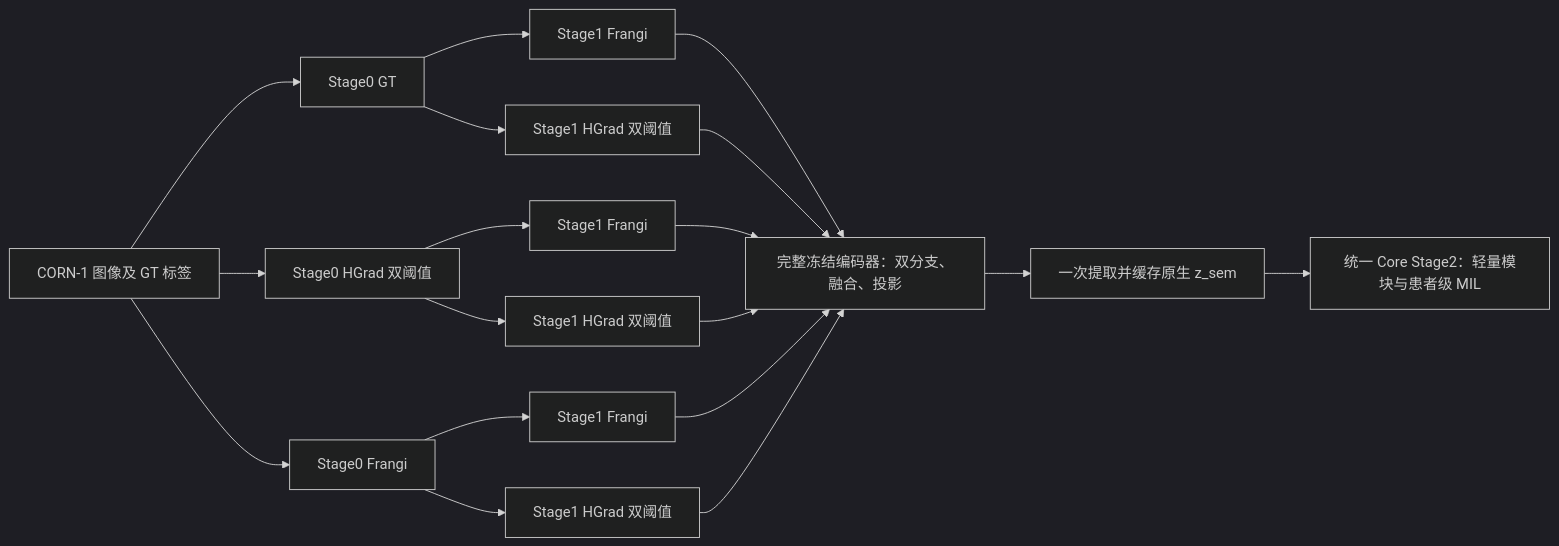
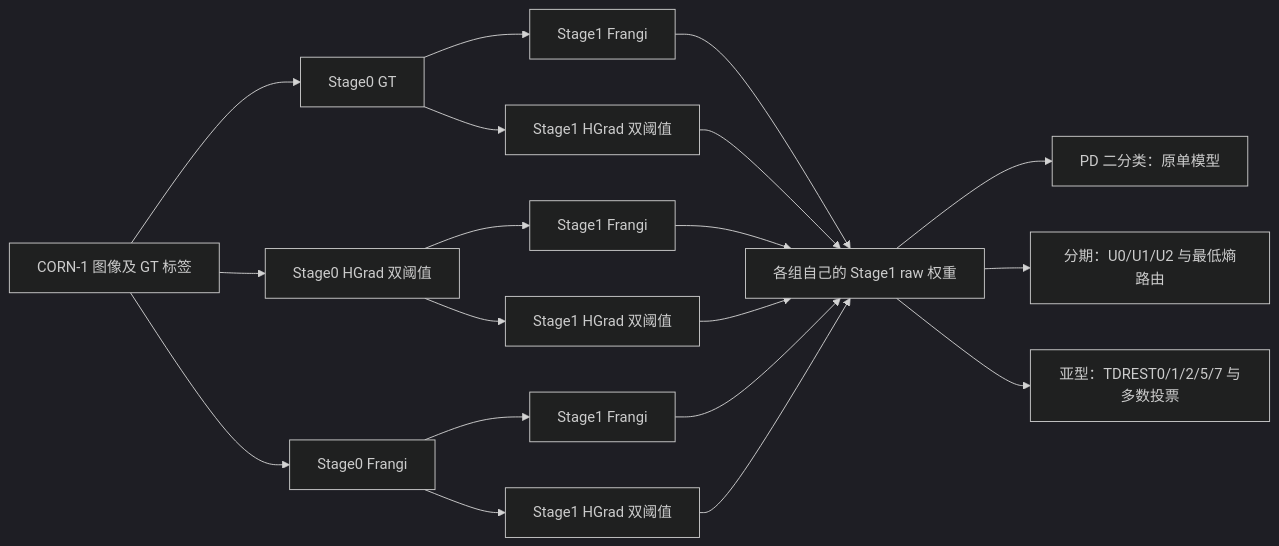
Before and after one commit to wanxueyao/topodise: the diagram in experiments/ablation_experiments/README.md, drawn with Mermaid (dark theme). The commit also changed other lines of this file and 8 other files, not shown here.

````diff
--- a/experiments/ablation_experiments/README.md
+++ b/experiments/ablation_experiments/README.md
@@ -18,15 +18,16 @@
 ```mermaid
 flowchart LR
   C[CORN-1 图像及 GT 标签] --> G[Stage0 GT]
   C --> H[Stage0 HGrad 双阈值]
   C --> F[Stage0 Frangi]
   G --> GF[Stage1 Frangi]
   G --> GH[Stage1 HGrad 双阈值]
   H --> HF[Stage1 Frangi]
   H --> HH[Stage1 HGrad 双阈值]
   F --> FF[Stage1 Frangi]
   F --> FH[Stage1 HGrad 双阈值]
-  GF & GH & HF & HH & FF & FH --> E[完整冻结编码器：双分支、融合、投影]
-  E --> Z[一次提取并缓存原生 z_sem]
-  Z --> S[统一 Core Stage2：轻量模块与患者级 MIL]
+  GF & GH & HF & HH & FF & FH --> S[各组自己的 Stage1 raw 权重]
+  S --> B[PD 二分类：原单模型]
+  S --> P[分期：U0/U1/U2 与最低熵路由]
+  S --> T[亚型：TDREST0/1/2/5/7 与多数投票]
 ```
````
